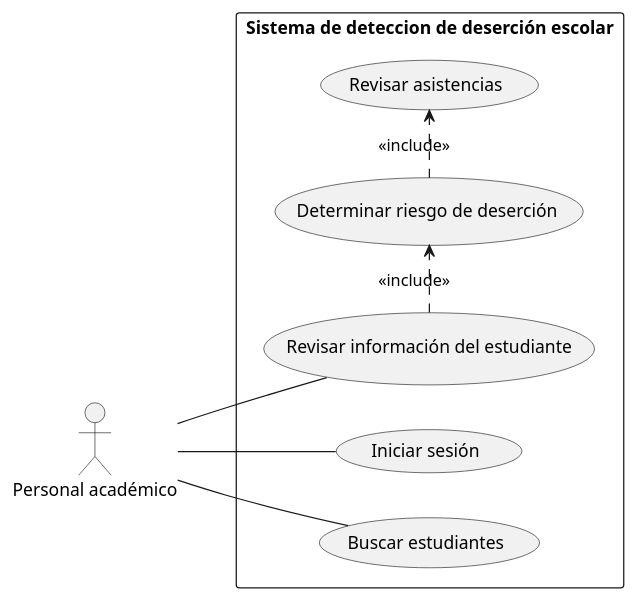
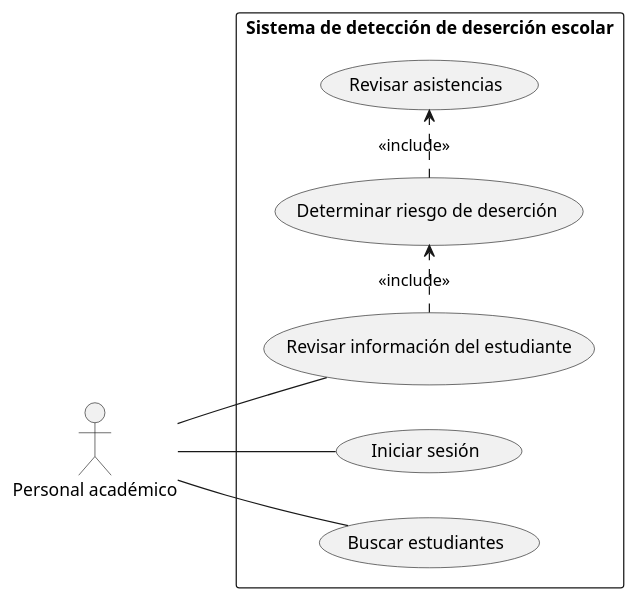
One commit to juanochoa202/ExaOchoaAMS_239 changed the diagram in ExamenOchoaAMS_239/src/main/java/uml/DCUExamenOchoaAMS.puml. Above: the diagram before and after it, drawn with PlantUML.

Commit message:
Corregí una tilde

```diff
--- a/ExamenOchoaAMS_239/src/main/java/uml/DCUExamenOchoaAMS.puml
+++ b/ExamenOchoaAMS_239/src/main/java/uml/DCUExamenOchoaAMS.puml
@@ -1,21 +1,21 @@
 @startuml
 
 left to right direction
 
 actor "Personal académico" as Personal
 
-rectangle "Sistema de deteccion de deserción escolar" {
+rectangle "Sistema de detección de deserción escolar" {
     usecase "Iniciar sesión" as UC1
     usecase "Buscar estudiantes" as UC2
     usecase "Revisar información del estudiante" as UC3
     usecase "Revisar asistencias" as UC4
     usecase "Determinar riesgo de deserción" as UC5
 
     Personal -- UC1
     Personal -- UC2
     Personal -- UC3
 
     UC3 .> UC5 : <<include>>
     UC5 .> UC4 : <<include>>
 }
 @enduml
```
